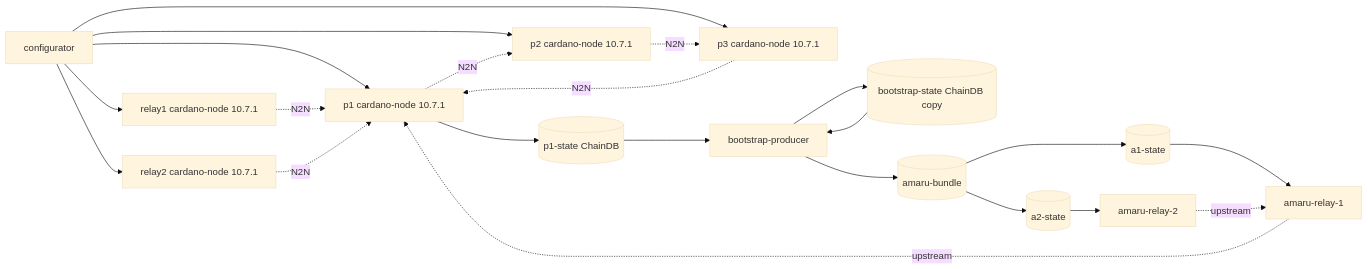
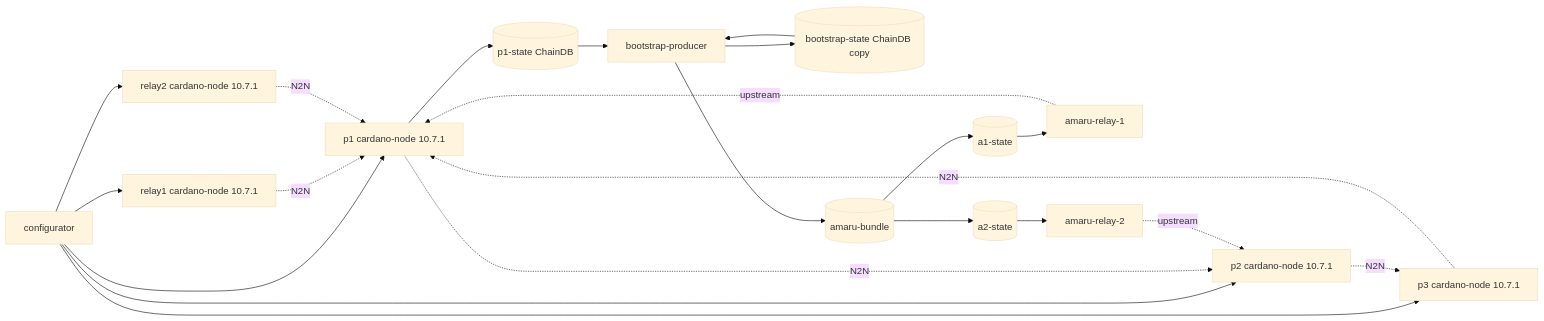
Before and after one commit to cardano-foundation/cardano-node-antithesis: the diagram in docs/testnets/cardano-amaru.md, drawn with Mermaid (base theme). The commit also changed other lines of this file and 4 other files, not shown here.

````diff
--- a/docs/testnets/cardano-amaru.md
+++ b/docs/testnets/cardano-amaru.md
@@ -103,27 +103,27 @@
 ```mermaid
 flowchart LR
     configurator[configurator] --> p1[p1 cardano-node 10.7.1]
     configurator --> p2[p2 cardano-node 10.7.1]
     configurator --> p3[p3 cardano-node 10.7.1]
     configurator --> relay1[relay1 cardano-node 10.7.1]
     configurator --> relay2[relay2 cardano-node 10.7.1]
 
     p1 -.N2N.-> p2
     p2 -.N2N.-> p3
     p3 -.N2N.-> p1
     relay1 -.N2N.-> p1
     relay2 -.N2N.-> p1
 
     p1 --> chain[(p1-state ChainDB)]
     chain --> producer[bootstrap-producer]
     producer --> copy[(bootstrap-state ChainDB copy)]
     copy --> producer
     producer --> bundle[(amaru-bundle)]
     bundle --> a1[(a1-state)]
     bundle --> a2[(a2-state)]
     a1 --> amaru1[amaru-relay-1]
     a2 --> amaru2[amaru-relay-2]
 
     amaru1 -.upstream.-> p1
-    amaru2 -.upstream.-> amaru1
+    amaru2 -.upstream.-> p2
 ```
````
